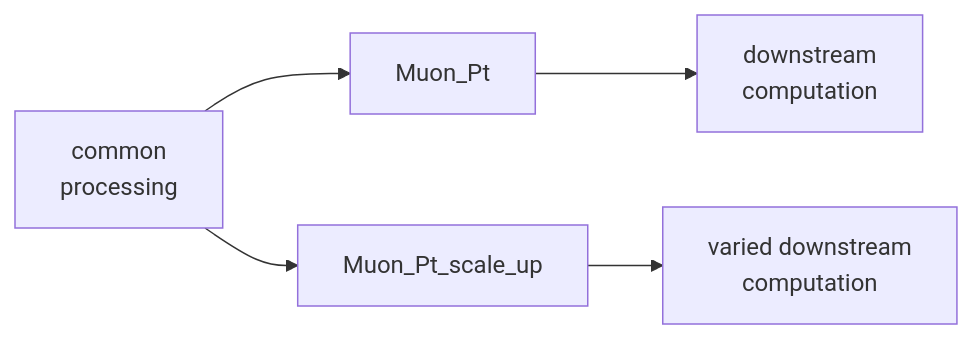
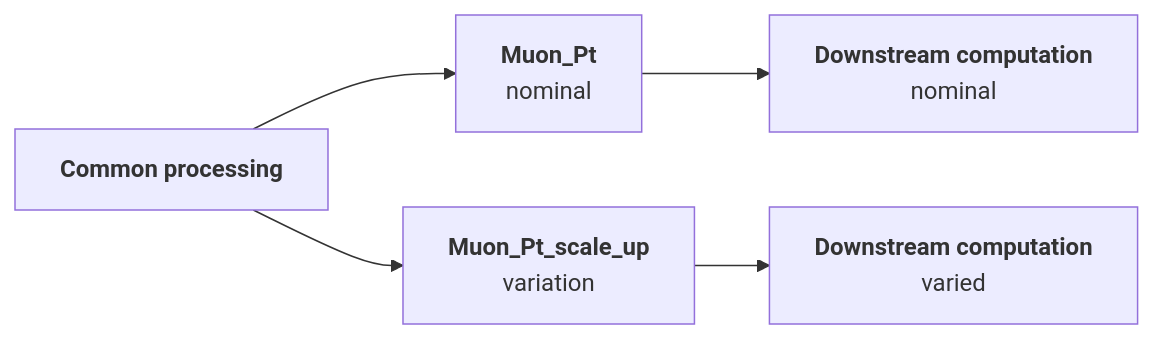
The fifth of 8 diagrams in docs/execution/graph-structure.md (FAST-HEP/fasthep-flow), drawn with Mermaid before and after one commit. The commit also changed other lines of this file and 7 other files, not shown here.

````diff
--- a/docs/execution/graph-structure.md
+++ b/docs/execution/graph-structure.md
@@ -346,13 +346,13 @@
 ```{mermaid}
 flowchart LR
-    Common["common<br/>processing"]
+    Common["<b>Common processing</b>"]:::transform
 
-    Nominal["Muon_Pt"]
-    Varied["Muon_Pt_scale_up"]
+    Nominal["<b>Muon_Pt</b><br/>nominal"]:::transform
+    Varied["<b>Muon_Pt_scale_up</b><br/>variation"]:::transform
 
-    HistN["downstream<br/>computation"]
-    HistV["varied downstream<br/>computation"]
+    HistN["<b>Downstream computation</b><br/>nominal"]:::transform
+    HistV["<b>Downstream computation</b><br/>varied"]:::transform
 
     Common --> Nominal --> HistN
     Common --> Varied --> HistV
 ```
````
